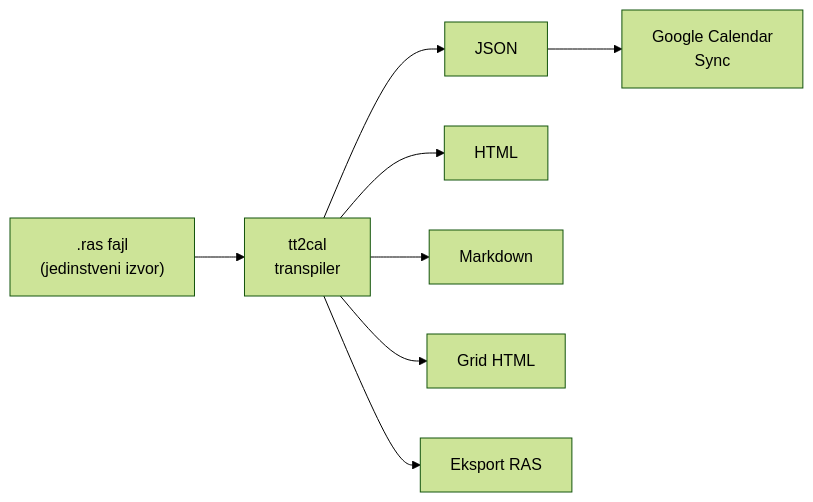
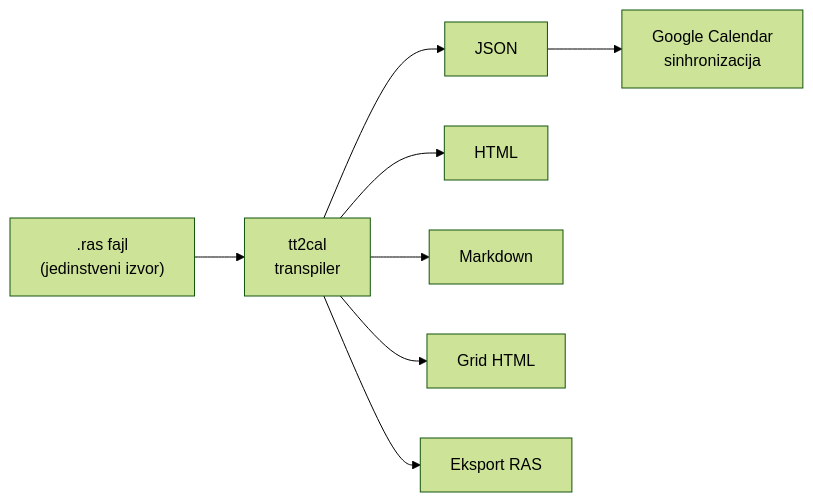
Before and after one commit to ezajko/tt2gwscal-sync: the first of 10 diagrams in discussion.md, drawn with Mermaid (forest theme). The commit also changed other lines of this file, not shown here.

````diff
--- a/discussion.md
+++ b/discussion.md
@@ -60,10 +62,10 @@
 ```mermaid
 graph LR
     A[".ras fajl<br/>(jedinstveni izvor)"] --> B["tt2cal<br/>transpiler"]
     B --> C["JSON"]
     B --> D["HTML"]
     B --> E["Markdown"]
     B --> F["Grid HTML"]
     B --> G["Eksport RAS"]
-    C --> H["Google Calendar<br/>Sync"]
+    C --> H["Google Calendar<br/>sinhronizacija"]
 ```
````
